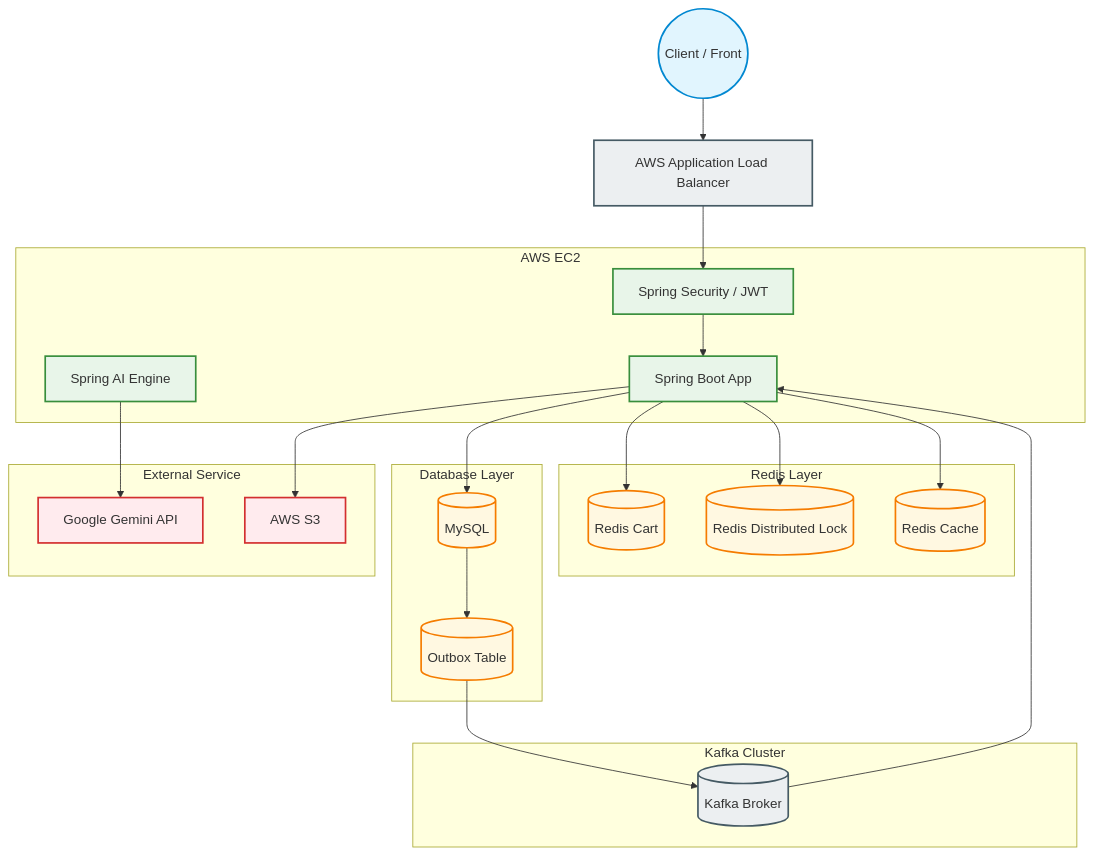
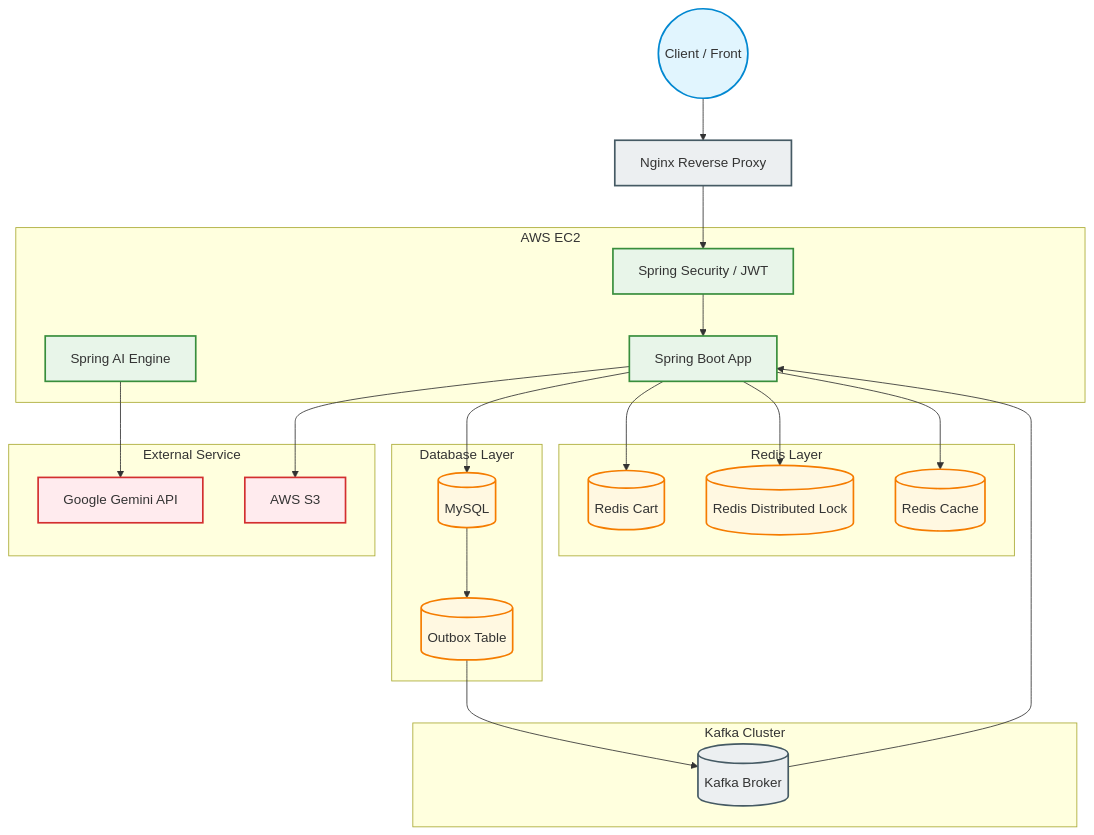
Before and after one commit to one-stop-project/one-stop-project: the diagram in README.md, drawn with Mermaid. The commit also changed other lines of this file, not shown here.

````diff
--- a/README.md
+++ b/README.md
@@ -121,55 +123,55 @@
 ```mermaid
 graph TD
     classDef client fill:#E1F5FE,stroke:#0288D1,stroke-width:2px;
     classDef infra fill:#ECEFF1,stroke:#455A64,stroke-width:2px;
     classDef app fill:#E8F5E9,stroke:#388E3C,stroke-width:2px;
     classDef db fill:#FFF8E1,stroke:#F57C00,stroke-width:2px;
     classDef ext fill:#FFEBEE,stroke:#D32F2F,stroke-width:2px;
 
     Client((Client / Front)):::client
-    ALB[AWS Application Load Balancer]:::infra
+    Nginx[Nginx Reverse Proxy]:::infra
 
     subgraph EC2 [AWS EC2]
         SpringApp[Spring Boot App]:::app
         Security[Spring Security / JWT]:::app
         SpringAI[Spring AI Engine]:::app
     end
 
     subgraph RedisLayer [Redis Layer]
         RedisCart[(Redis Cart)]:::db
         RedisLock[(Redis Distributed Lock)]:::db
         RedisCache[(Redis Cache)]:::db
     end
 
     subgraph DB [Database Layer]
         MySQL[(MySQL)]:::db
         Outbox[(Outbox Table)]:::db
     end
 
     subgraph Kafka [Kafka Cluster]
         Broker[(Kafka Broker)]:::infra
     end
 
     subgraph External [External Service]
         Gemini[Google Gemini API]:::ext
         S3[AWS S3]:::ext
     end
 
-    Client --> ALB
-    ALB --> Security
+    Client --> Nginx
+    Nginx --> Security
     Security --> SpringApp
 
     SpringApp --> RedisCart
     SpringApp --> RedisLock
     SpringApp --> RedisCache
 
     SpringApp --> MySQL
 
     MySQL --> Outbox
     Outbox --> Broker
 
     Broker --> SpringApp
 
     SpringAI --> Gemini
     SpringApp --> S3
 ```
````
